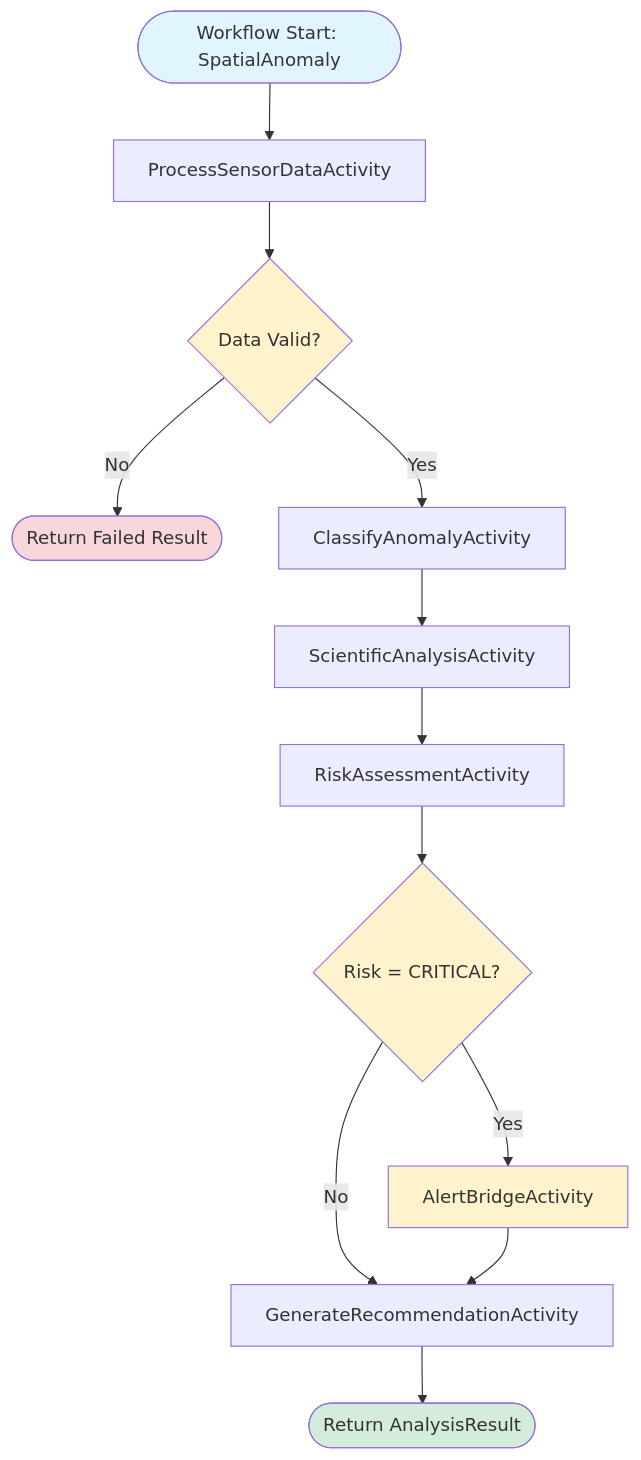
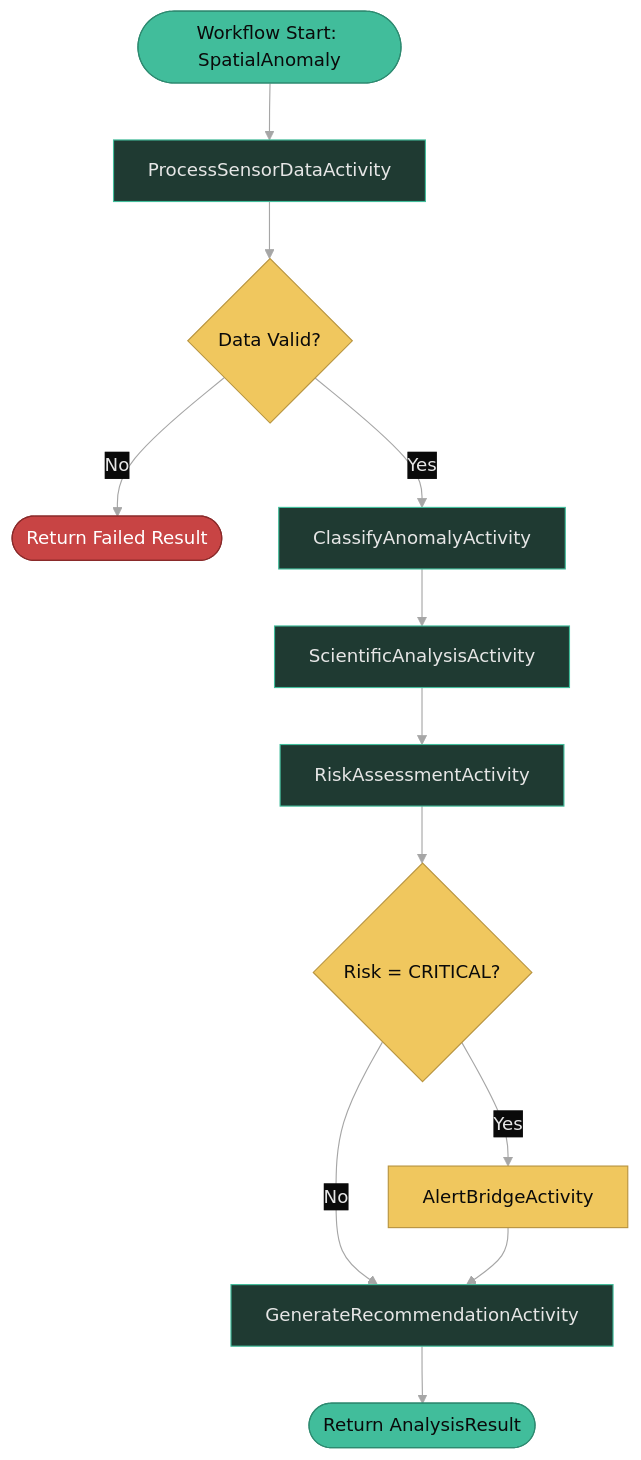
One commit to diagrid-labs/dapr-reliable-agentic-systems changed the diagram in .demo/slides/07-prompt-chaining/07-05-demo-diagram.md. Above: the diagram before and after it, drawn with Mermaid. The commit also changed other lines of this file and 55 other files, not shown here.

````diff
--- a/.demo/slides/07-prompt-chaining/07-05-demo-diagram.md
+++ b/.demo/slides/07-prompt-chaining/07-05-demo-diagram.md
@@ -8,21 +3,22 @@
 ```mermaid
+%%{init: {"theme":"base","themeVariables":{"background":"#0a0a0a","primaryColor":"#1f3a32","primaryTextColor":"#e6e6e6","primaryBorderColor":"#41BD9B","lineColor":"#A6A6A6","secondaryColor":"#111315","tertiaryColor":"#111315","clusterBkg":"#111315","clusterBorder":"#41BD9B","titleColor":"#F0C75E","edgeLabelBackground":"#0a0a0a","noteBkgColor":"#111315","noteTextColor":"#e6e6e6","noteBorderColor":"#41BD9B","actorBkg":"#1f3a32","actorBorder":"#41BD9B","actorTextColor":"#e6e6e6","actorLineColor":"#A6A6A6","signalColor":"#A6A6A6","signalTextColor":"#e6e6e6","labelBoxBkgColor":"#0a0a0a","labelBoxBorderColor":"#41BD9B","labelTextColor":"#e6e6e6","loopTextColor":"#e6e6e6","altSectionBkgColor":"#111315","sectionBkgColor":"#111315","fontFamily":"Geist,sans-serif"}}}%%
 graph TD
     Start([Workflow Start: SpatialAnomaly]) --> A1[ProcessSensorDataActivity]
     A1 --> Gate1{Data Valid?}
     Gate1 -->|No| Fail([Return Failed Result])
     Gate1 -->|Yes| A2[ClassifyAnomalyActivity]
     A2 --> A3[ScientificAnalysisActivity]
     A3 --> A4[RiskAssessmentActivity]
     A4 --> Gate2{Risk = CRITICAL?}
     Gate2 -->|Yes| Alert[AlertBridgeActivity]
     Gate2 -->|No| A5[GenerateRecommendationActivity]
     Alert --> A5
     A5 --> End([Return AnalysisResult])
     
-    style Start fill:#e1f5ff
-    style End fill:#d4edda
-    style Fail fill:#f8d7da
-    style Alert fill:#fff3cd
-    style Gate1 fill:#fff3cd
-    style Gate2 fill:#fff3cd
+    style Start fill:#41BD9B,stroke:#2d8a70,color:#0a0a0a
+    style End fill:#41BD9B,stroke:#2d8a70,color:#0a0a0a
+    style Fail fill:#c84444,stroke:#8a2a2a,color:#ffffff
+    style Alert fill:#F0C75E,stroke:#b8943f,color:#0a0a0a
+    style Gate1 fill:#F0C75E,stroke:#b8943f,color:#0a0a0a
+    style Gate2 fill:#F0C75E,stroke:#b8943f,color:#0a0a0a
 ```
````
